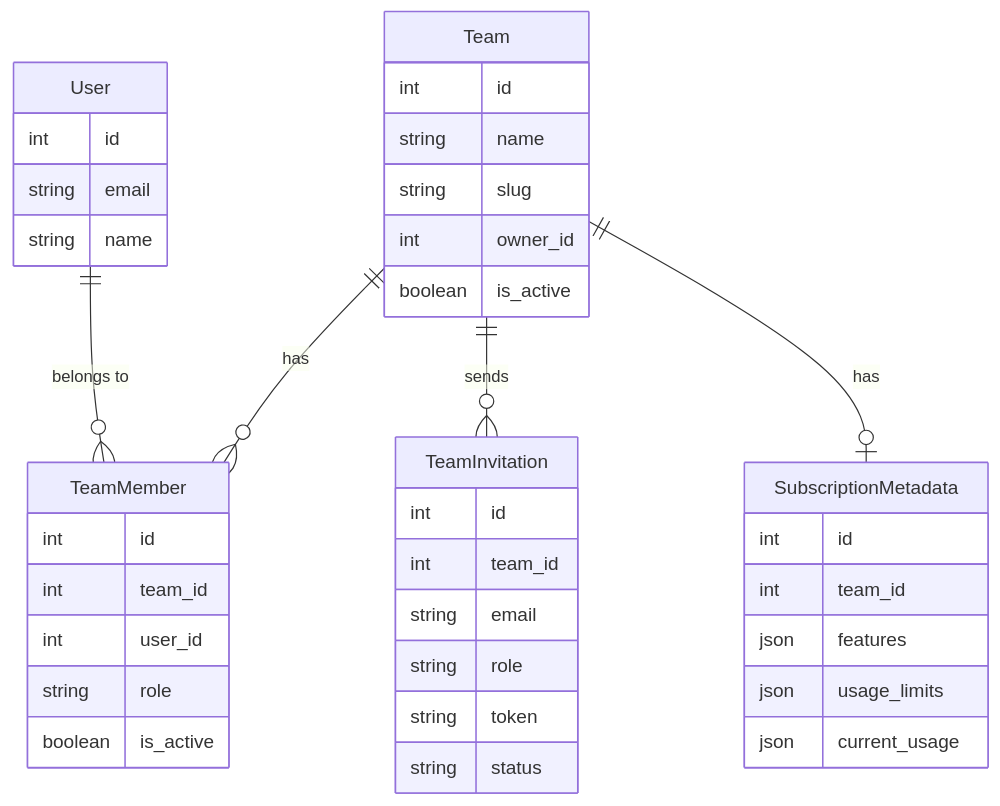
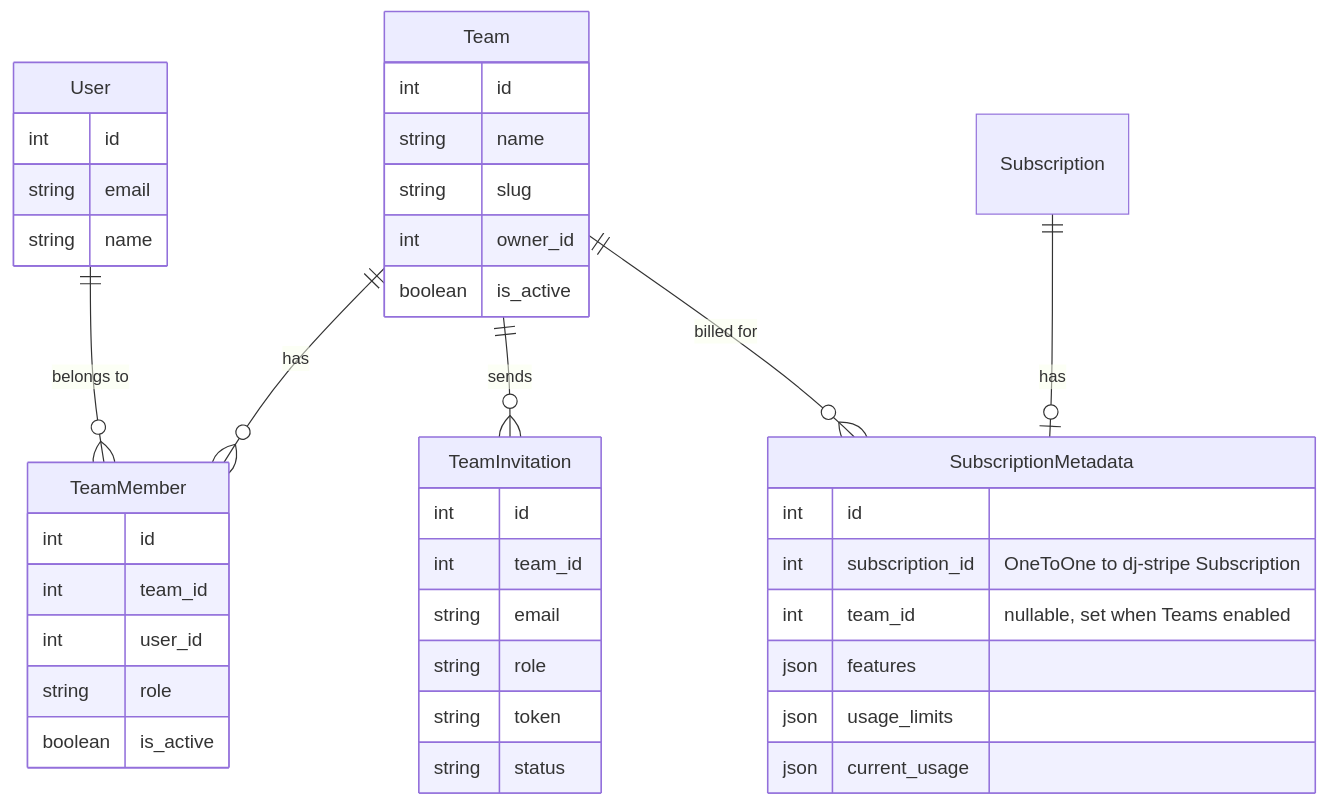
One commit to CuriousLearner/django-keel changed the first of 2 diagrams in docs/saas/overview.md. Above: the diagram before and after it, drawn with Mermaid. The commit also changed other lines of this file and 27 other files, not shown here.

````diff
--- a/docs/saas/overview.md
+++ b/docs/saas/overview.md
@@ -145,46 +147,48 @@
 ```mermaid
 erDiagram
     User ||--o{ TeamMember : "belongs to"
     Team ||--o{ TeamMember : "has"
     Team ||--o{ TeamInvitation : "sends"
-    Team ||--o| SubscriptionMetadata : "has"
+    Subscription ||--o| SubscriptionMetadata : "has"
+    Team ||--o{ SubscriptionMetadata : "billed for"
 
     User {
         int id
         string email
         string name
     }
 
     Team {
         int id
         string name
         string slug
         int owner_id
         boolean is_active
     }
 
     TeamMember {
         int id
         int team_id
         int user_id
         string role
         boolean is_active
     }
 
     TeamInvitation {
         int id
         int team_id
         string email
         string role
         string token
         string status
     }
 
     SubscriptionMetadata {
         int id
-        int team_id
+        int subscription_id "OneToOne to dj-stripe Subscription"
+        int team_id "nullable, set when Teams enabled"
         json features
         json usage_limits
         json current_usage
     }
 ```
````
